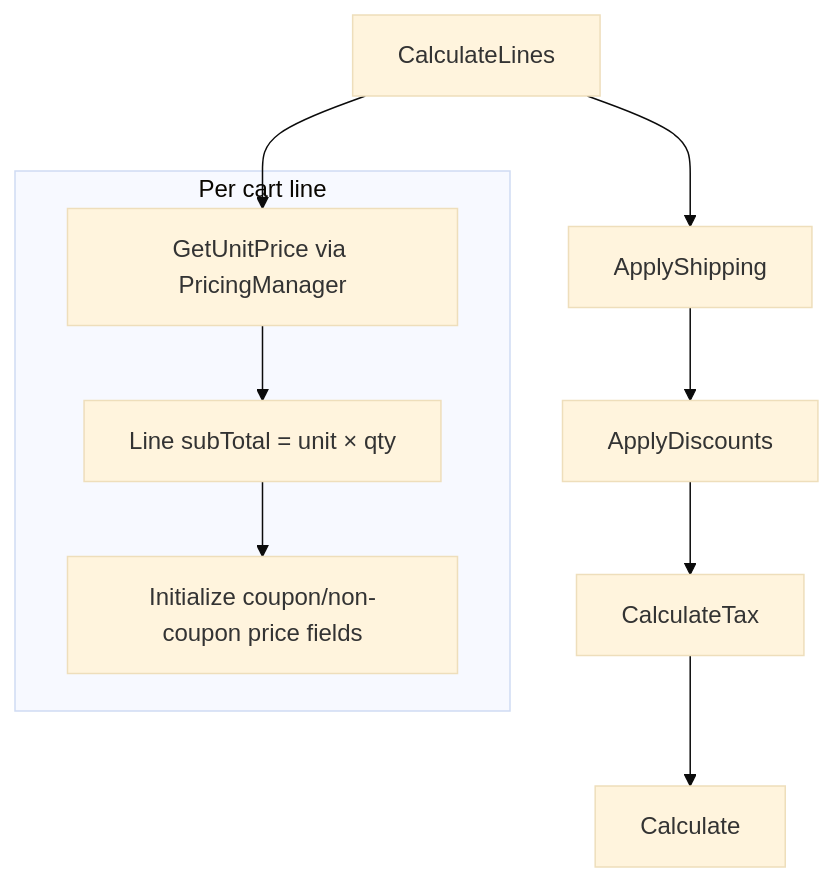
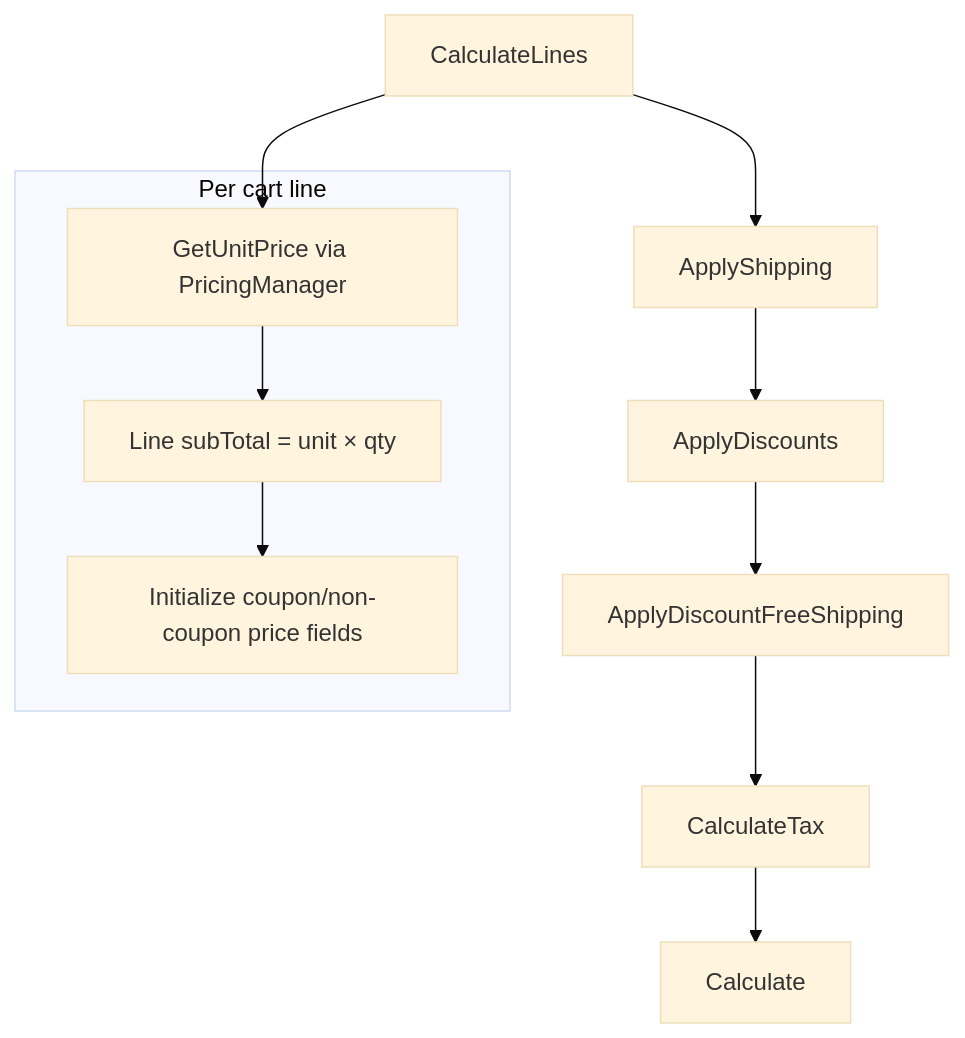
Before and after one commit to minicstudio/lunar: the first of 2 diagrams in docs/design/pricing_and_discounts.md, drawn with Mermaid (base theme). The commit also changed other lines of this file and 46 other files, not shown here.

First line of the commit message:
feat: LFP-863 add free shipping option to amount off discounts

````diff
--- a/docs/design/pricing_and_discounts.md
+++ b/docs/design/pricing_and_discounts.md
@@ -147,17 +164,18 @@
 ```mermaid
 flowchart TD
   A[CalculateLines] --> B[ApplyShipping]
   B --> C[ApplyDiscounts]
-  C --> D[CalculateTax]
+  C --> F[ApplyDiscountFreeShipping]
+  F --> D[CalculateTax]
   D --> E[Calculate]
 
   subgraph lines ["Per cart line"]
     L1[GetUnitPrice via PricingManager]
     L2[Line subTotal = unit × qty]
     L3[Initialize coupon/non-coupon price fields]
   end
 
   A --> L1
   L1 --> L2
   L2 --> L3
 ```
````
